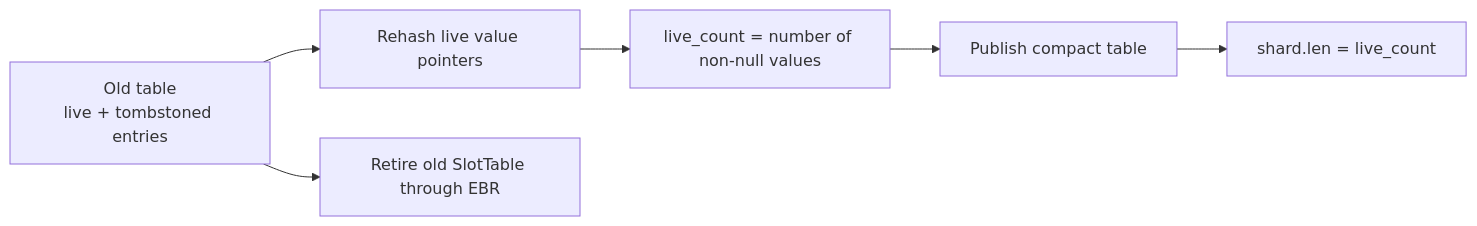
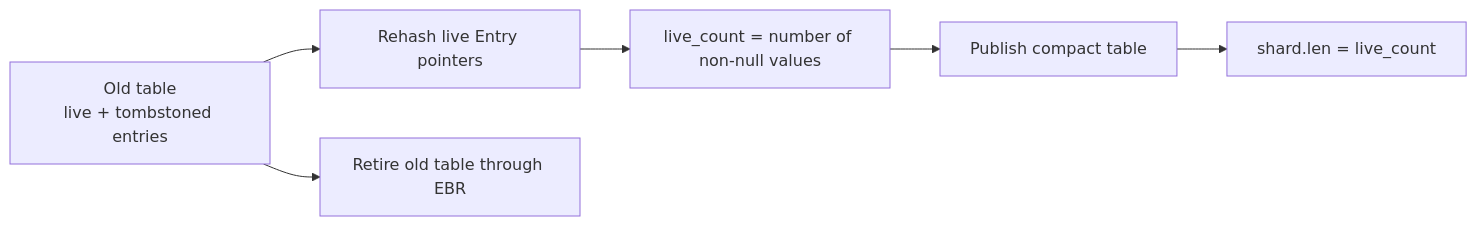
Before and after one commit to Rana718/portfolio: diagram 14 of 16 in src/content/blogs/custom-concurrent-hashmap-rust.mdx, drawn with Mermaid. The commit also changed other lines of this file, not shown here.

````diff
--- a/src/content/blogs/custom-concurrent-hashmap-rust.mdx
+++ b/src/content/blogs/custom-concurrent-hashmap-rust.mdx
@@ -543,8 +534,8 @@
 ```mermaid
 flowchart LR
-    OLD["Old table<br/>live + tombstoned entries"] --> COPY["Rehash live value pointers"]
+    OLD["Old table<br/>live + tombstoned entries"] --> COPY["Rehash live Entry pointers"]
     COPY --> COUNT["live_count = number of non-null values"]
     COUNT --> NEW["Publish compact table"]
     NEW --> RESET["shard.len = live_count"]
-    OLD --> RETIRE["Retire old SlotTable through EBR"]
+    OLD --> RETIRE["Retire old table through EBR"]
 ```
````
